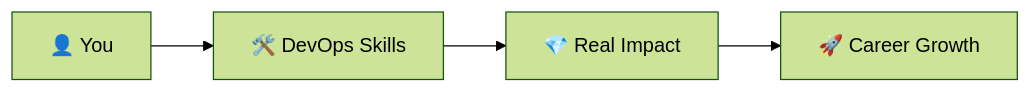
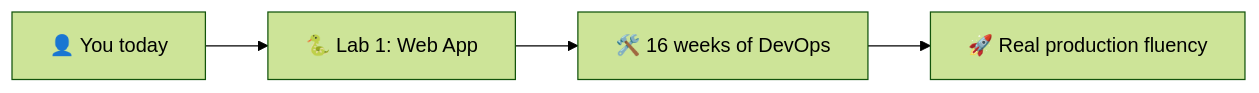
Diagram 14 of 14 in lectures/lec1.md (inno-devops-labs/DevOps-Core-Course), drawn with Mermaid (forest theme) before and after one commit. The commit also changed other lines of this file and 24 other files, not shown here.

````diff
--- a/lectures/lec1.md
+++ b/lectures/lec1.md
@@ -738,6 +576,6 @@
 ```mermaid
 flowchart LR
-  You[👤 You] --> Skills[🛠️ DevOps Skills]
-  Skills --> Impact[💎 Real Impact]
-  Impact --> Career[🚀 Career Growth]
+  You[👤 You today] --> Lab1[🐍 Lab 1: Web App]
+  Lab1 --> Skills[🛠️ 16 weeks of DevOps]
+  Skills --> Career[🚀 Real production fluency]
 ```
````
